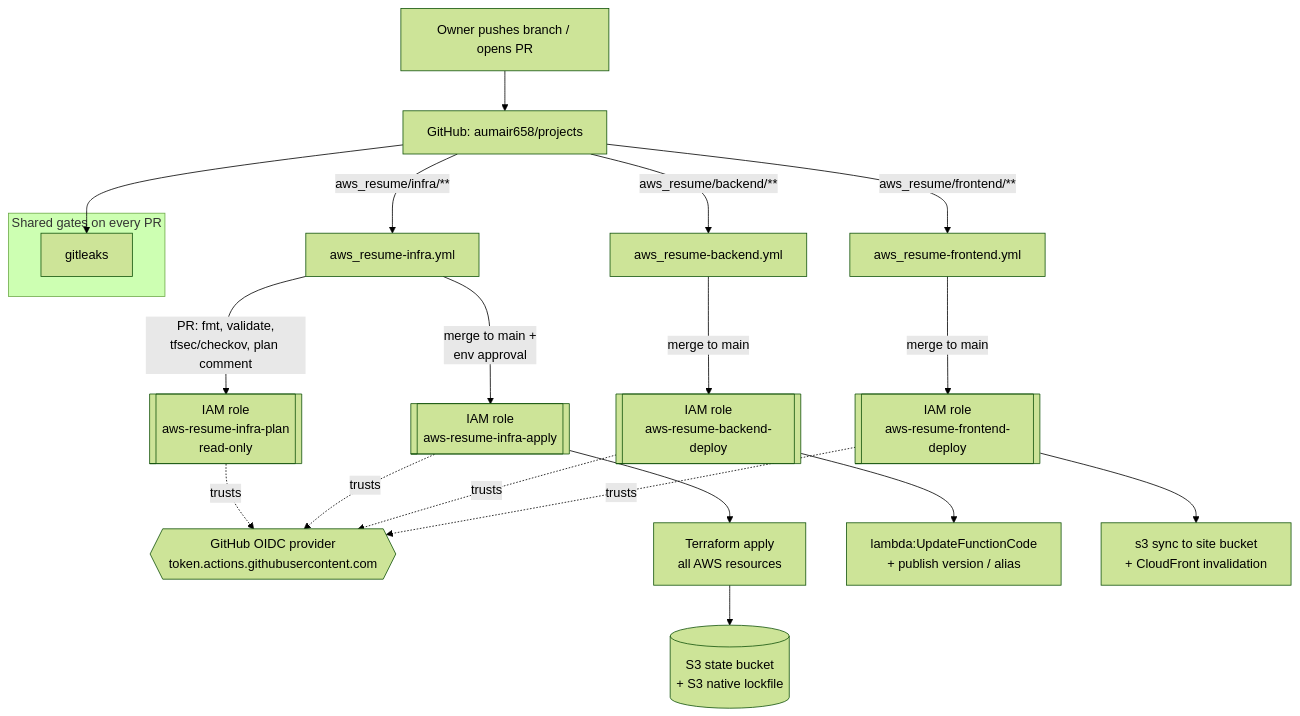
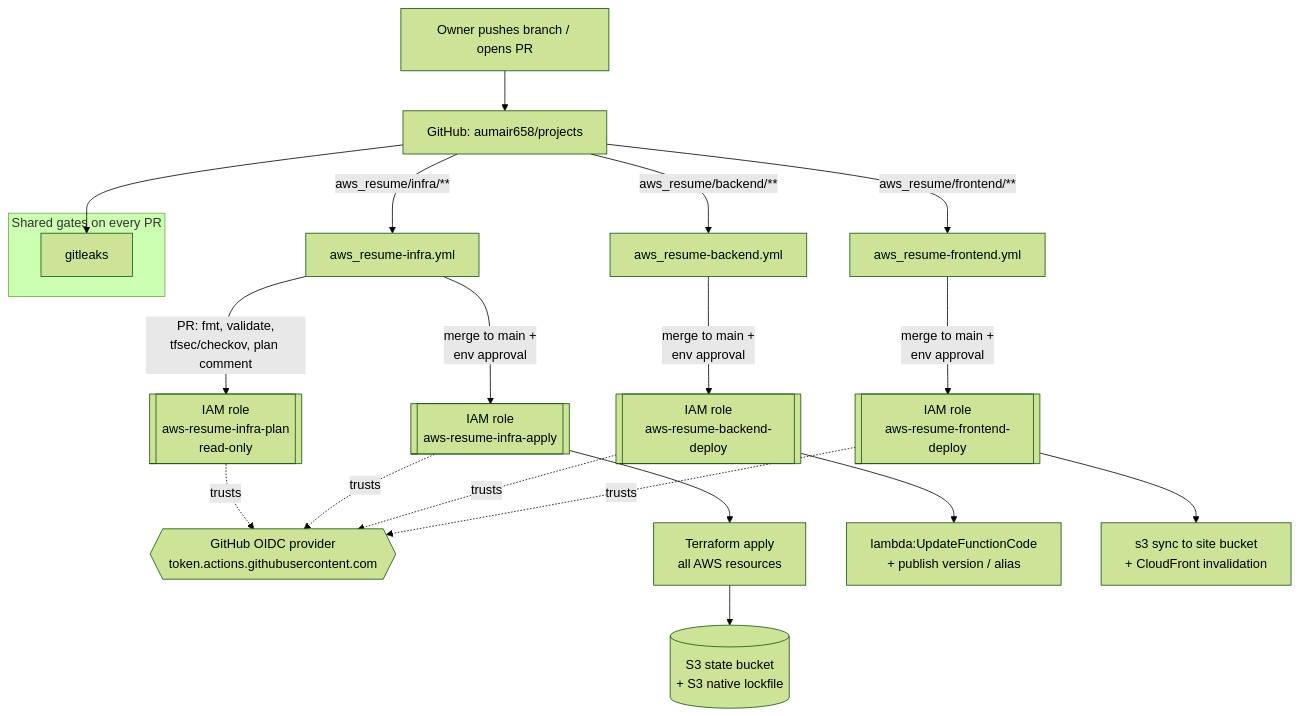
The second of 2 diagrams in aws_resume/docs/architecture/overview.md (aumair658/projects), drawn with Mermaid (forest theme) before and after one commit. The commit also changed other lines of this file and 4 other files, not shown here.

First line of the commit message:
aws_resume: record owner decisions on architecture open questions

````diff
--- a/aws_resume/docs/architecture/overview.md
+++ b/aws_resume/docs/architecture/overview.md
@@ -88,29 +88,29 @@
 ```mermaid
 flowchart TB
     Dev[Owner pushes branch / opens PR] --> GH[GitHub: aumair658/projects]
 
     GH -->|"aws_resume/infra/**"| PI[aws_resume-infra.yml]
     GH -->|"aws_resume/backend/**"| PB[aws_resume-backend.yml]
     GH -->|"aws_resume/frontend/**"| PF[aws_resume-frontend.yml]
 
     subgraph Shared gates on every PR
       GL[gitleaks]
     end
     GH --> GL
 
     PI -->|PR: fmt, validate,<br/>tfsec/checkov, plan comment| PLANROLE[[IAM role<br/>aws-resume-infra-plan<br/>read-only]]
     PI -->|merge to main +<br/>env approval| APPLYROLE[[IAM role<br/>aws-resume-infra-apply]]
-    PB -->|merge to main| BEROLE[[IAM role<br/>aws-resume-backend-deploy]]
-    PF -->|merge to main| FEROLE[[IAM role<br/>aws-resume-frontend-deploy]]
+    PB -->|merge to main +<br/>env approval| BEROLE[[IAM role<br/>aws-resume-backend-deploy]]
+    PF -->|merge to main +<br/>env approval| FEROLE[[IAM role<br/>aws-resume-frontend-deploy]]
 
     OIDC{{GitHub OIDC provider<br/>token.actions.githubusercontent.com}}
     PLANROLE -.trusts.-> OIDC
     APPLYROLE -.trusts.-> OIDC
     BEROLE -.trusts.-> OIDC
     FEROLE -.trusts.-> OIDC
 
     APPLYROLE --> TF[Terraform apply<br/>all AWS resources]
     TF --> STATE[(S3 state bucket<br/>+ S3 native lockfile)]
     BEROLE --> LCODE[lambda:UpdateFunctionCode<br/>+ publish version / alias]
     FEROLE --> SYNC[s3 sync to site bucket<br/>+ CloudFront invalidation]
 ```
````
